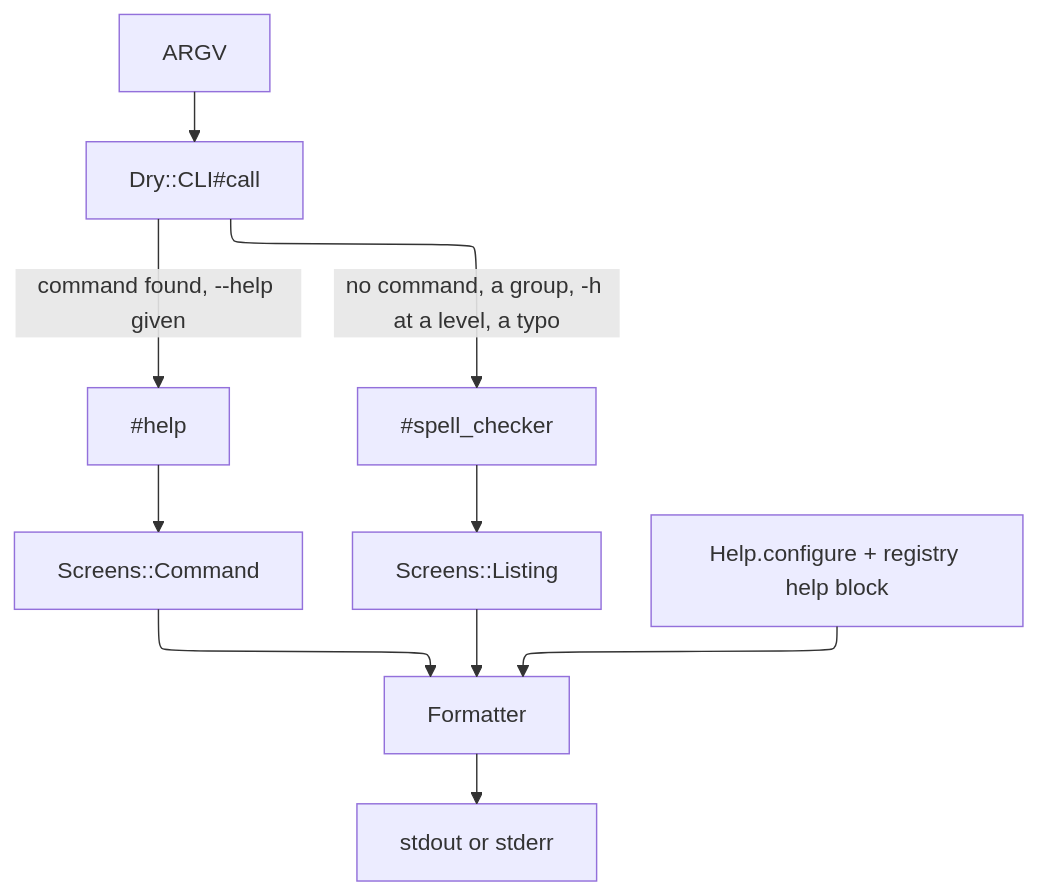
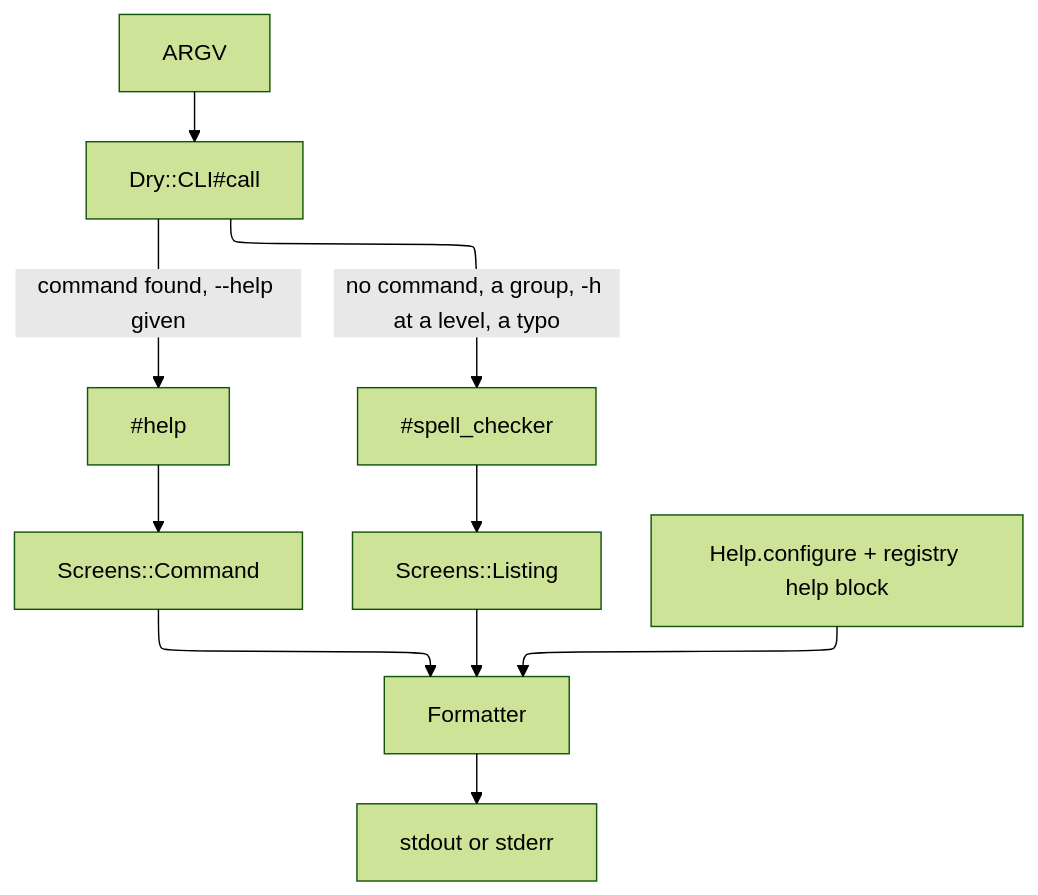
The diagram in README.md (kigster/dry-cli-help), drawn with Mermaid before and after one commit.

Commit message:
Add theme configuration to mermaid diagram

````diff
--- a/README.md
+++ b/README.md
@@ -212,21 +212,22 @@
 ```mermaid
 ---
 config:
   layout: elk
+  theme: forest
 ---
 flowchart TB
     argv["ARGV"] --> cli_call["Dry::CLI#call"]
 
     cli_call -->|"command found, --help given"| help_method["#help"]
     cli_call -->|"no command, a group, -h at a level, a typo"| spell_checker["#spell_checker"]
 
     help_method --> command_screen["Screens::Command"]
     spell_checker --> listing_screen["Screens::Listing"]
 
     command_screen --> formatter["Formatter"]
     listing_screen --> formatter
 
     help_config["Help.configure + registry help block"] --> formatter
 
     formatter --> output["stdout or stderr"]
 ```
````
